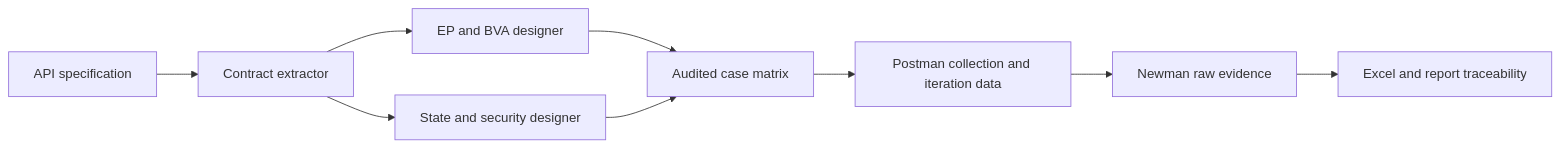
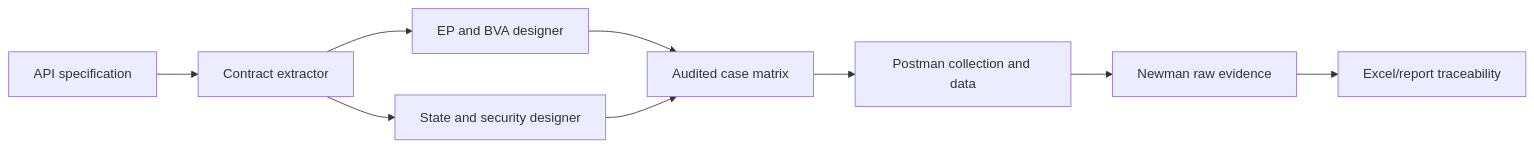
One commit to KidCute1412/eshop-sut changed the diagram in docs/assignments/HW06/deliverables/agent-skills/diagrams/architecture_diagram.mmd. Above: the diagram before and after it, drawn with Mermaid. The commit also changed 3 other files, not shown here.

Commit message:
docs(hw06): render readable generator diagrams

```diff
--- a/docs/assignments/HW06/deliverables/agent-skills/diagrams/architecture_diagram.mmd
+++ b/docs/assignments/HW06/deliverables/agent-skills/diagrams/architecture_diagram.mmd
@@ -1,9 +1,9 @@
 flowchart LR
   A[API specification] --> B[Contract extractor]
   B --> C[EP and BVA designer]
   B --> D[State and security designer]
   C --> E[Audited case matrix]
   D --> E
-  E --> F[Postman collection and iteration data]
+  E --> F[Postman collection and data]
   F --> G[Newman raw evidence]
-  G --> H[Excel and report traceability]
+  G --> H[Excel/report traceability]
```
